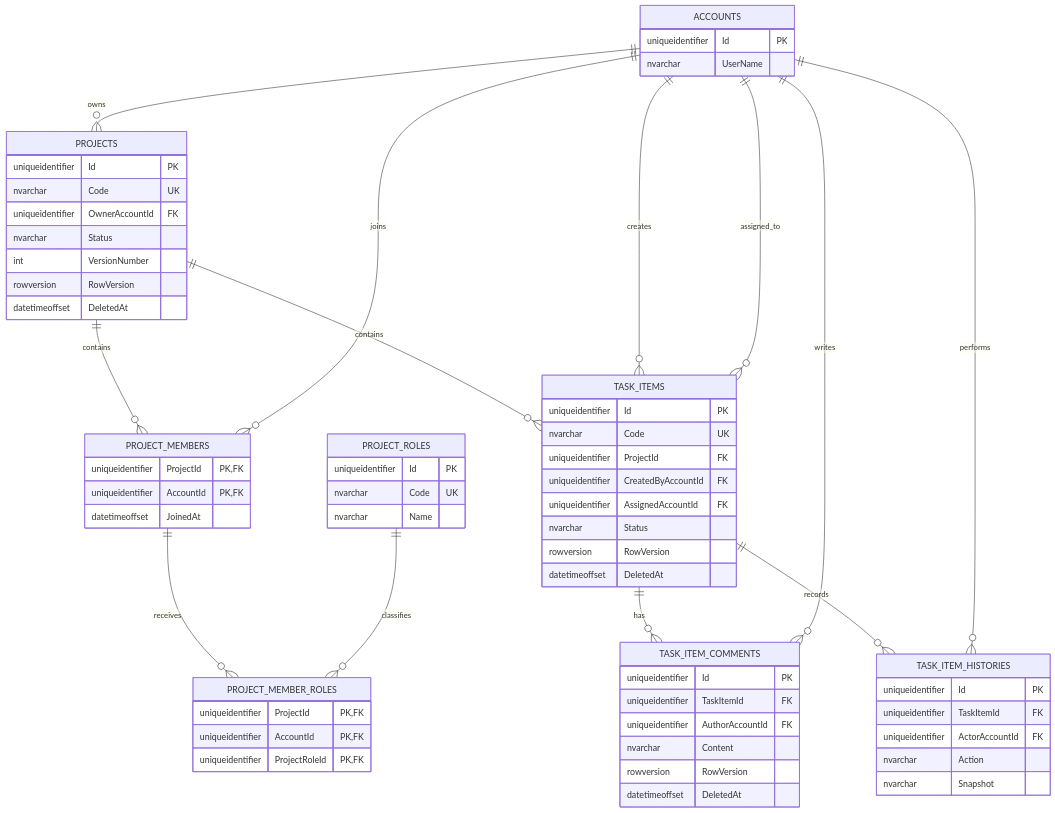
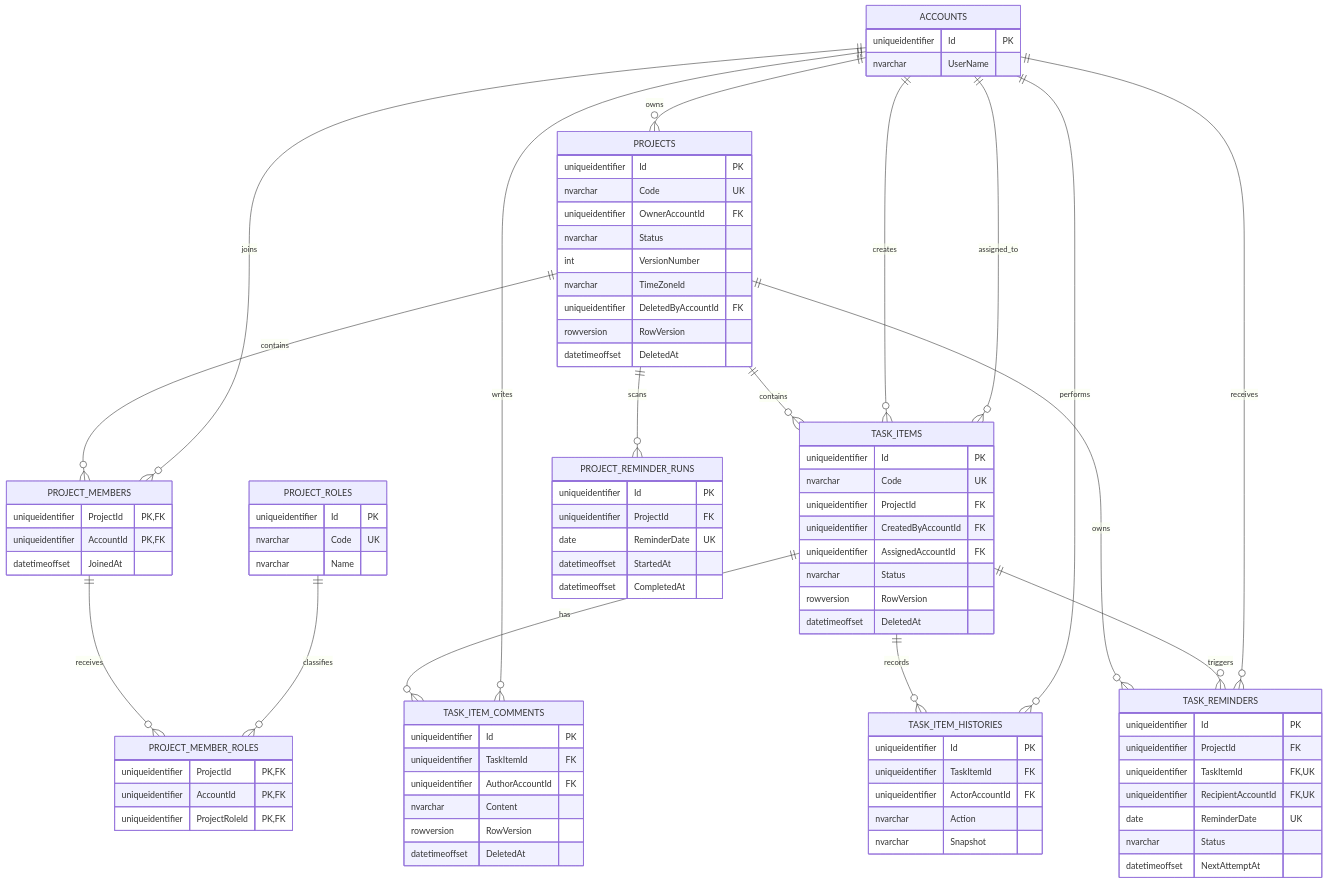
Before and after one commit to JJDing-Louis/ProjectManagementWeb_BackEnd: the second of 3 diagrams in docs/E-R_Diagram.md, drawn with Mermaid. The commit also changed other lines of this file and 72 other files, not shown here.

````diff
--- a/docs/E-R_Diagram.md
+++ b/docs/E-R_Diagram.md
@@ -90,6 +90,8 @@
         uniqueidentifier OwnerAccountId FK
         nvarchar Status
         int VersionNumber
+        nvarchar TimeZoneId
+        uniqueidentifier DeletedByAccountId FK
         rowversion RowVersion
         datetimeoffset DeletedAt
     }
@@ -133,6 +135,22 @@
         nvarchar Action
         nvarchar Snapshot
     }
+    PROJECT_REMINDER_RUNS {
+        uniqueidentifier Id PK
+        uniqueidentifier ProjectId FK
+        date ReminderDate UK
+        datetimeoffset StartedAt
+        datetimeoffset CompletedAt
+    }
+    TASK_REMINDERS {
+        uniqueidentifier Id PK
+        uniqueidentifier ProjectId FK
+        uniqueidentifier TaskItemId FK,UK
+        uniqueidentifier RecipientAccountId FK,UK
+        date ReminderDate UK
+        nvarchar Status
+        datetimeoffset NextAttemptAt
+    }
 
     ACCOUNTS ||--o{ PROJECTS : owns
     PROJECTS ||--o{ PROJECT_MEMBERS : contains
@@ -146,4 +164,8 @@
     ACCOUNTS ||--o{ TASK_ITEM_COMMENTS : writes
     TASK_ITEMS ||--o{ TASK_ITEM_HISTORIES : records
     ACCOUNTS ||--o{ TASK_ITEM_HISTORIES : performs
+    PROJECTS ||--o{ PROJECT_REMINDER_RUNS : scans
+    PROJECTS ||--o{ TASK_REMINDERS : owns
+    TASK_ITEMS ||--o{ TASK_REMINDERS : triggers
+    ACCOUNTS ||--o{ TASK_REMINDERS : receives
 ```
````
